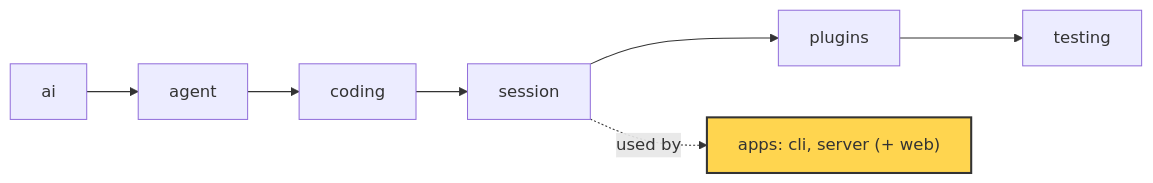
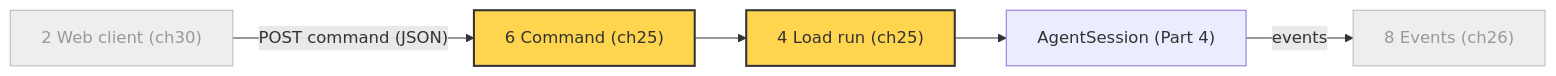
The first of 2 diagrams in docs/guidebook/25-server-run.md (danhugo/simp-agent), drawn with Mermaid before and after one commit. The commit also changed other lines of this file and 3 other files, not shown here.

Commit message:
guidebook ch25: rewritten like ch24 (reader questions, words first) + server run picture

````diff
--- a/docs/guidebook/25-server-run.md
+++ b/docs/guidebook/25-server-run.md
@@ -9,6 +21,11 @@
 ```mermaid
 flowchart LR
-    ai --> agent --> coding --> session --> plugins --> testing
-    session -.used by.-> apps["apps: cli, server (+ web)"]
-    style apps fill:#ffd54f,stroke:#333,stroke-width:2px
+    W["2 Web client (ch30)"] -- "POST command (JSON)" --> C["6 Command (ch25)"]
+    C --> L["4 Load run (ch25)"]
+    L --> AS["AgentSession (Part 4)"]
+    AS -- events --> E["8 Events (ch26)"]
+    style C fill:#ffd54f,stroke:#333,stroke-width:2px
+    style L fill:#ffd54f,stroke:#333,stroke-width:2px
+    style W fill:#eee,stroke:#bbb,color:#999
+    style E fill:#eee,stroke:#bbb,color:#999
 ```
````
